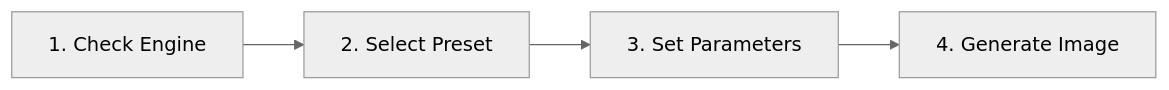
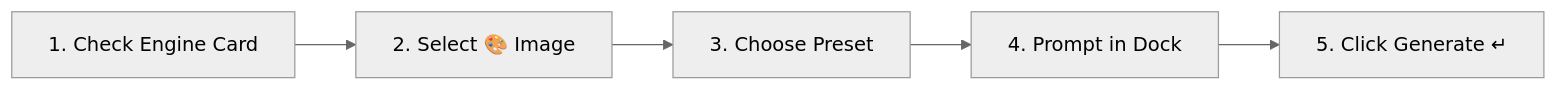
Before and after one commit to spelech/LocalLLMServerManager: the diagram in docs/studio/image-generation.md, drawn with Mermaid (neutral theme). The commit also changed other lines of this file and 67 other files, not shown here.

First line of the commit message:
feat(ui): Fluid Studio Canvas, Creative Prompt Dock, Interactive Engine Cards, and Docked Copilot (#91)

````diff
--- a/docs/studio/image-generation.md
+++ b/docs/studio/image-generation.md
@@ -28,6 +28,7 @@
 ```mermaid
 flowchart LR
-    E["1. Check Engine"] --> P["2. Select Preset"]
-    P --> C["3. Set Parameters"]
-    C --> G["4. Generate Image"]
+    E["1. Check Engine Card"] --> M["2. Select 🎨 Image"]
+    M --> P["3. Choose Preset"]
+    P --> D["4. Prompt in Dock"]
+    D --> G["5. Click Generate ↵"]
 ```
````
